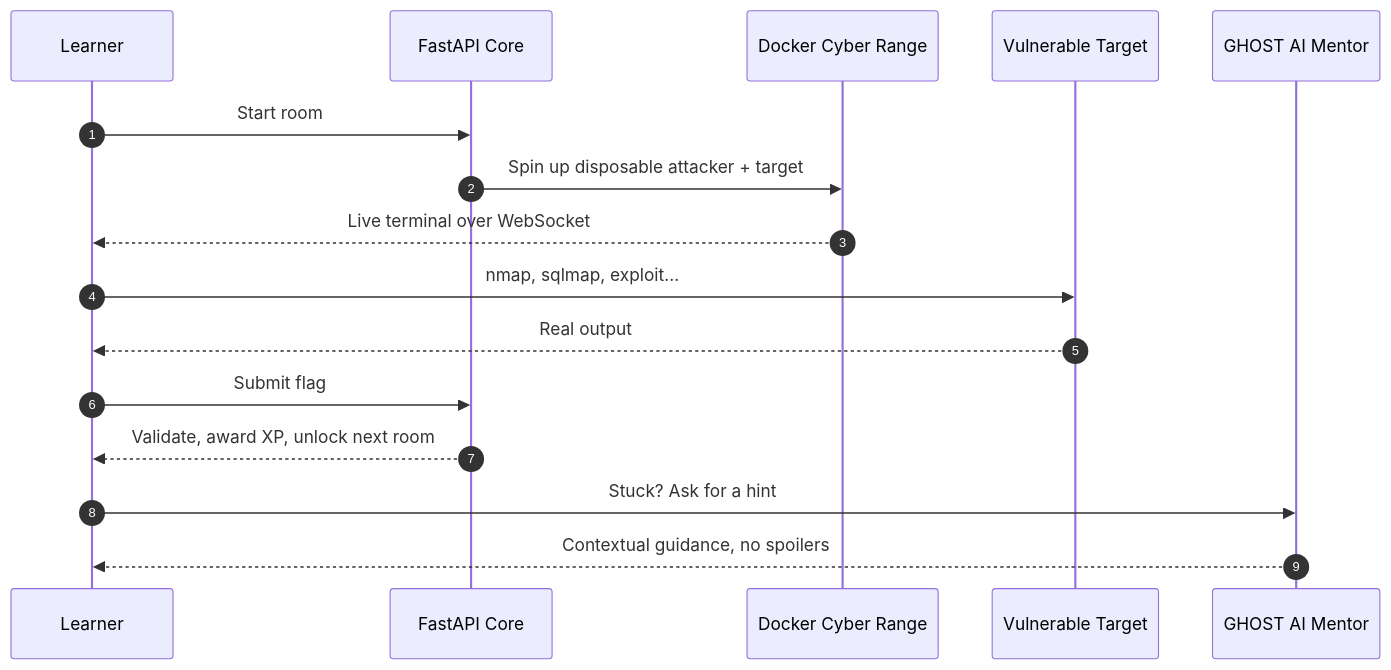
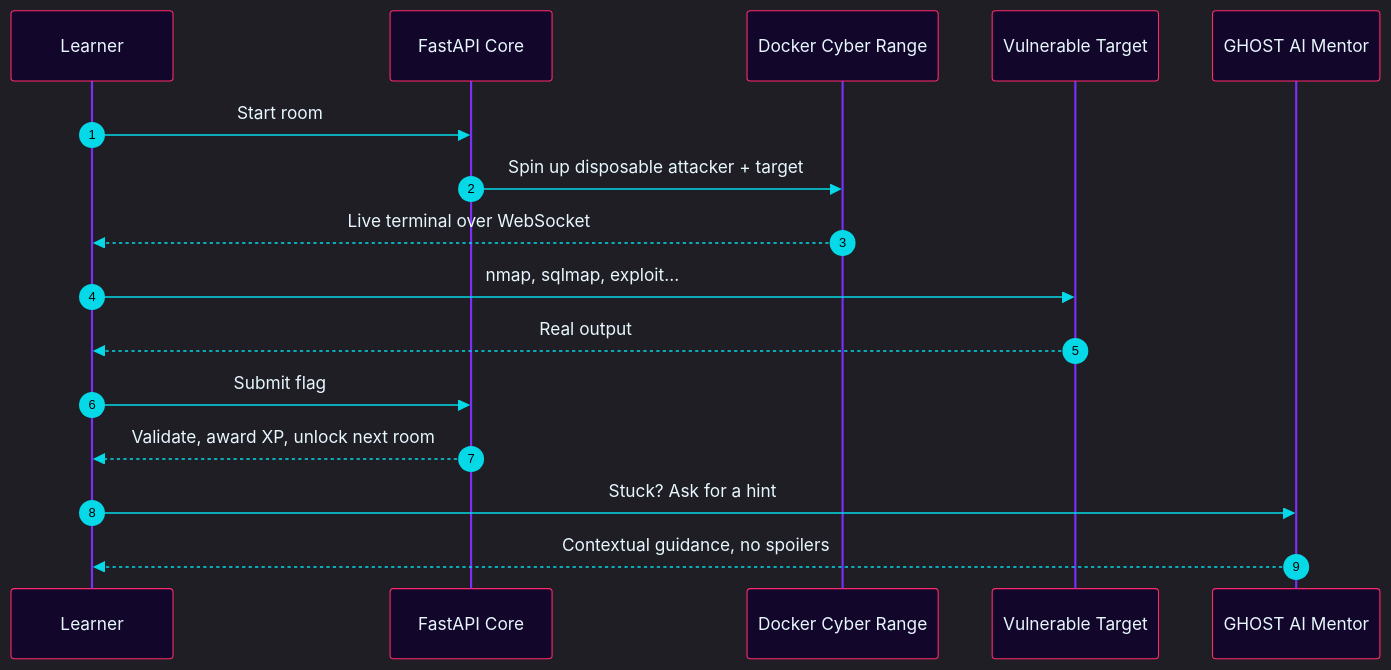
One commit to chethankp365/chethankp365 changed the first of 4 diagrams in README.md. Above: the diagram before and after it, drawn with Mermaid. The commit also changed other lines of this file, not shown here.

````diff
--- a/README.md
+++ b/README.md
@@ -52,18 +52,19 @@
 ```mermaid
+%%{init: {'theme':'dark','themeVariables':{'primaryColor':'#12062a','primaryBorderColor':'#ff2a6d','primaryTextColor':'#e8f7ff','lineColor':'#05d9e8','actorBkg':'#12062a','actorBorder':'#ff2a6d','actorTextColor':'#e8f7ff','actorLineColor':'#7b2ff7','signalColor':'#05d9e8','signalTextColor':'#e8f7ff','noteBkgColor':'#1b0a36','noteTextColor':'#ffb347'}}}%%
 sequenceDiagram
     autonumber
     participant L as Learner
     participant A as FastAPI Core
     participant D as Docker Cyber Range
     participant T as Vulnerable Target
     participant G as GHOST AI Mentor
     L->>A: Start room
     A->>D: Spin up disposable attacker + target
     D-->>L: Live terminal over WebSocket
     L->>T: nmap, sqlmap, exploit...
     T-->>L: Real output
     L->>A: Submit flag
     A-->>L: Validate, award XP, unlock next room
     L->>G: Stuck? Ask for a hint
     G-->>L: Contextual guidance, no spoilers
 ```
````
